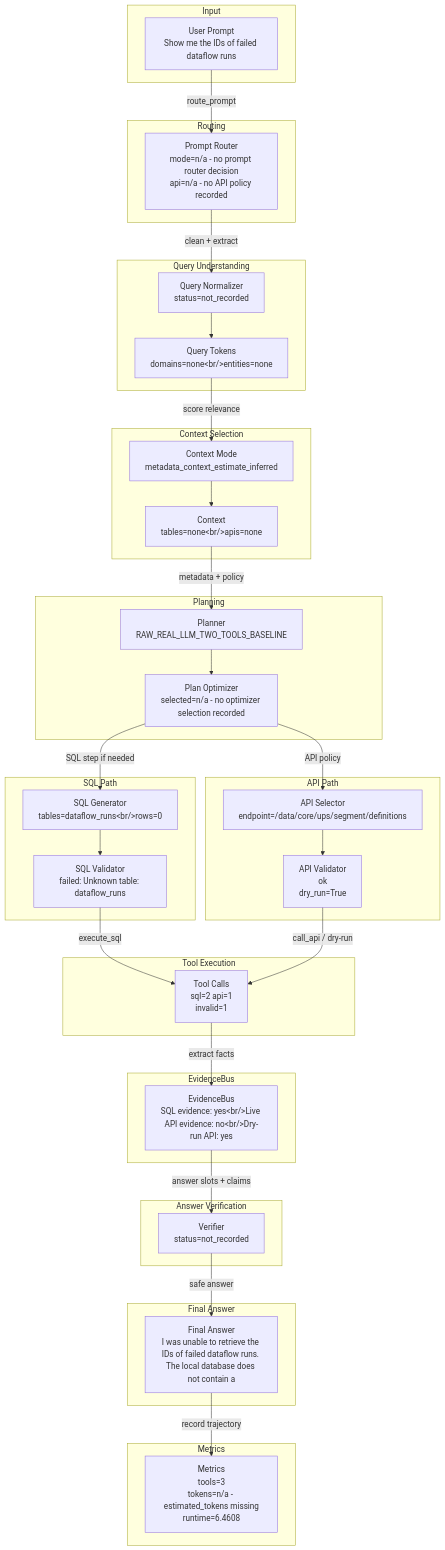
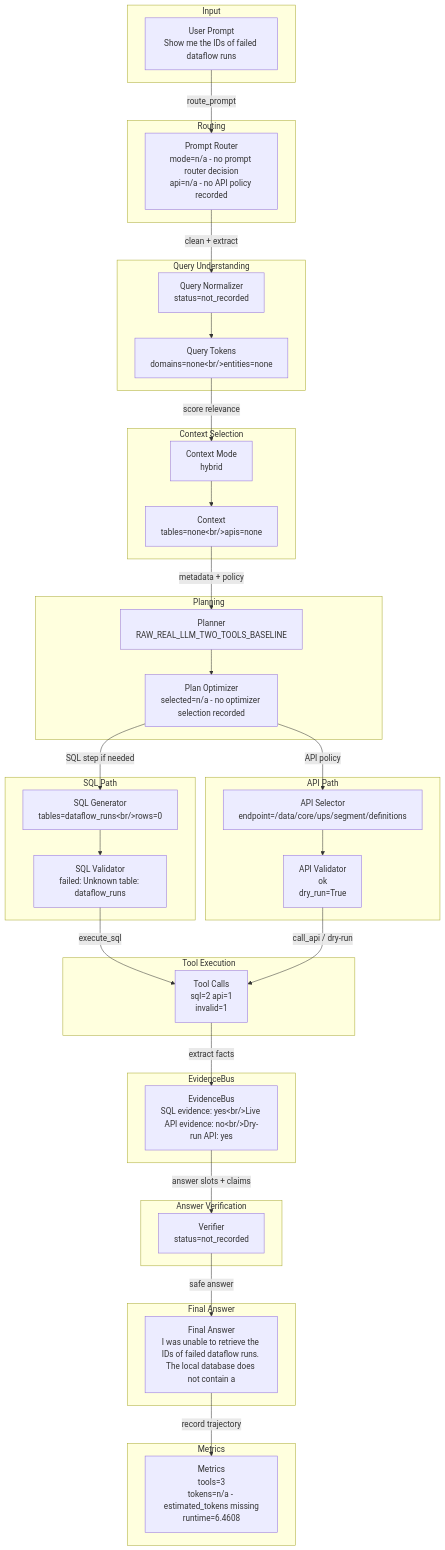
The diagram in outputs/visualizations/example_004/raw_real_llm_two_tools_baseline/dataflow.mmd (dashsys-workshop-vldb/dashsys-workshop-vldb.github.io), drawn with Mermaid before and after one commit. The commit also changed 597 other files, not shown here.

```diff
--- a/outputs/visualizations/example_004/raw_real_llm_two_tools_baseline/dataflow.mmd
+++ b/outputs/visualizations/example_004/raw_real_llm_two_tools_baseline/dataflow.mmd
@@ -1,54 +1,54 @@
 flowchart TD
   subgraph Input
     input_prompt["User Prompt<br/>Show me the IDs of failed dataflow runs"]
   end
   subgraph Routing
     router["Prompt Router<br/>mode=n/a - no prompt router decision<br/>api=n/a - no API policy recorded"]
     input_prompt -->|route_prompt| router
   end
   subgraph QueryUnderstanding["Query Understanding"]
     normalizer["Query Normalizer<br/>status=not_recorded"]
     tokens["Query Tokens<br/>domains=none&lt;br/&gt;entities=none"]
     router -->|clean + extract| normalizer --> tokens
   end
   subgraph ContextSelection["Context Selection"]
-    context["Context Mode<br/>metadata_context_estimate_inferred"]
+    context["Context Mode<br/>hybrid"]
     candidates["Context<br/>tables=none&lt;br/&gt;apis=none"]
     tokens -->|score relevance| context --> candidates
   end
   subgraph Planning
     planner["Planner<br/>RAW_REAL_LLM_TWO_TOOLS_BASELINE"]
     optimizer["Plan Optimizer<br/>selected=n/a - no optimizer selection recorded"]
     candidates -->|metadata + policy| planner --> optimizer
   end
   subgraph SQLPath["SQL Path"]
     sqlgen["SQL Generator<br/>tables=dataflow_runs&lt;br/&gt;rows=0"]
     sqlval["SQL Validator<br/>failed: Unknown table: dataflow_runs"]
     optimizer -->|SQL step if needed| sqlgen --> sqlval
   end
   subgraph APIPath["API Path"]
     apisel["API Selector<br/>endpoint=/data/core/ups/segment/definitions"]
     apival["API Validator<br/>ok<br/>dry_run=True"]
     optimizer -->|API policy| apisel --> apival
   end
   subgraph ToolExecution["Tool Execution"]
     tools["Tool Calls<br/>sql=2 api=1<br/>invalid=1"]
     sqlval -->|execute_sql| tools
     apival -->|call_api / dry-run| tools
   end
   subgraph EvidenceBus
     evidence["EvidenceBus<br/>SQL evidence: yes&lt;br/&gt;Live API evidence: no&lt;br/&gt;Dry-run API: yes"]
     tools -->|extract facts| evidence
   end
   subgraph AnswerVerification["Answer Verification"]
     verifier["Verifier<br/>status=not_recorded"]
     evidence -->|answer slots + claims| verifier
   end
   subgraph FinalAnswer["Final Answer"]
     answer["Final Answer<br/>I was unable to retrieve the IDs of failed dataflow runs. The local database does not contain a "]
     verifier -->|safe answer| answer
   end
   subgraph Metrics
     metrics["Metrics<br/>tools=3<br/>tokens=n/a - estimated_tokens missing<br/>runtime=6.4608"]
     answer -->|record trajectory| metrics
   end
```
